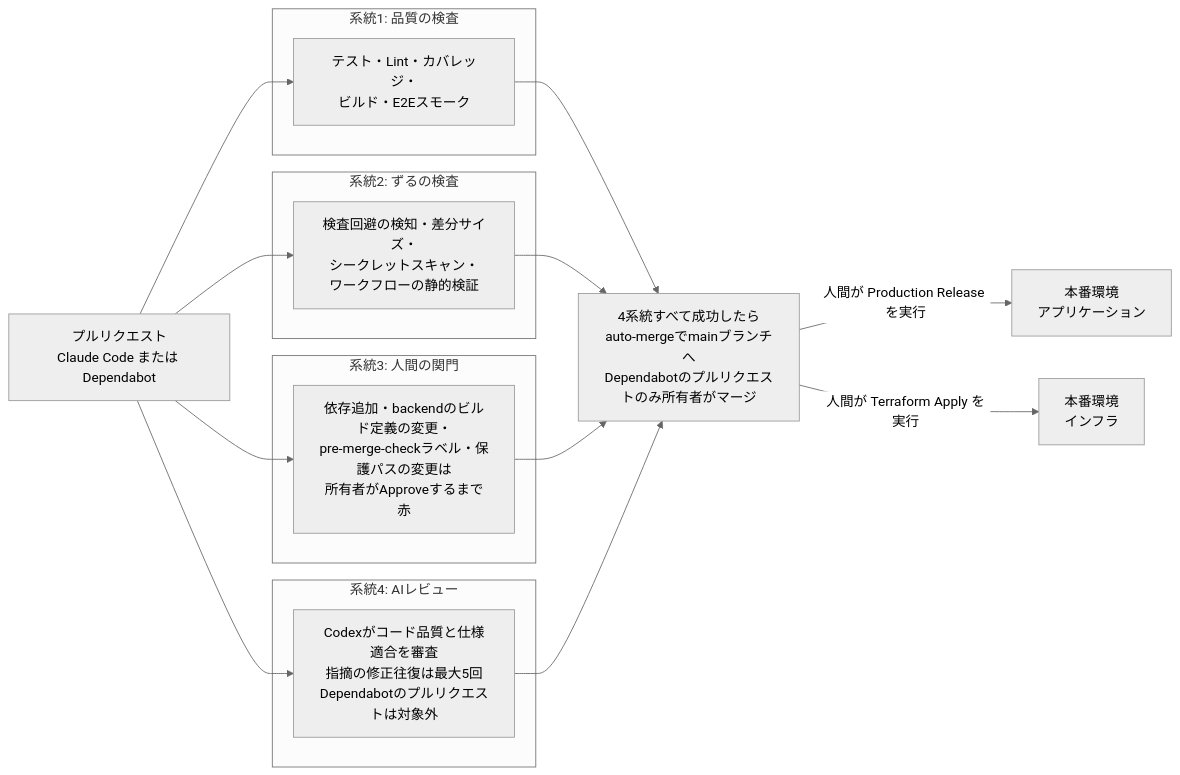
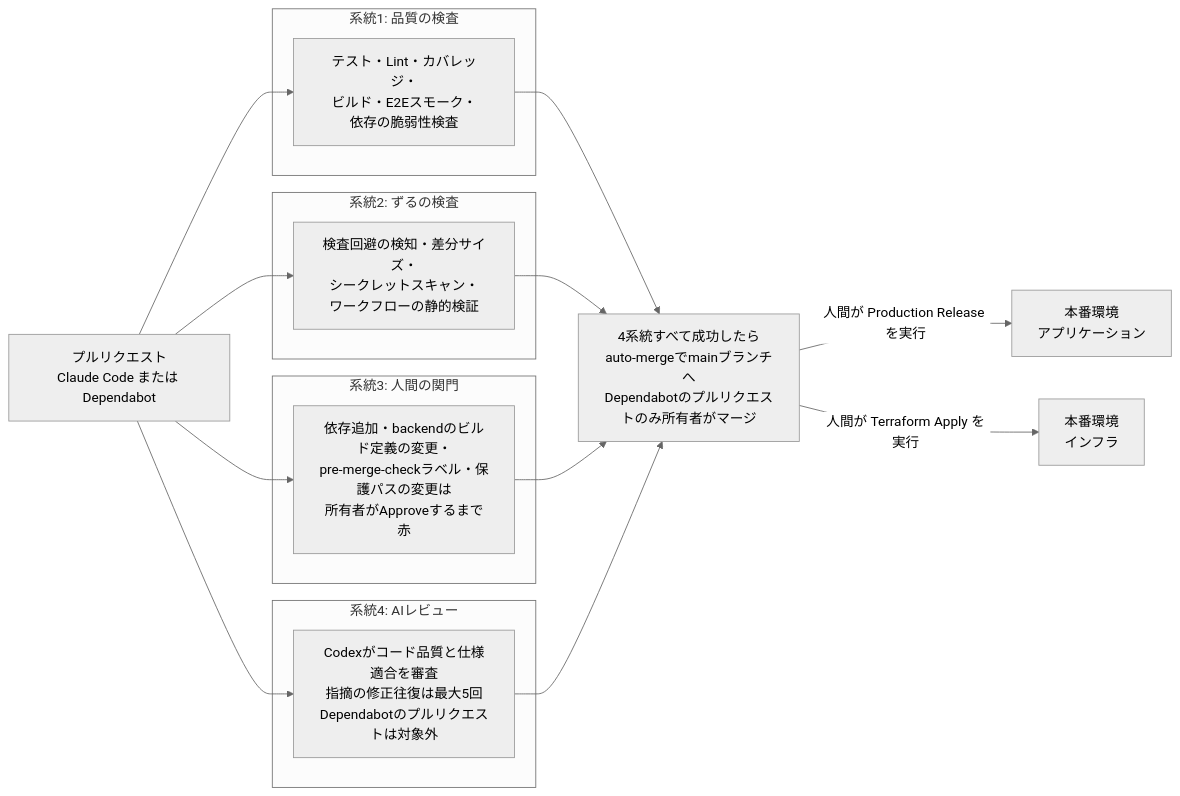
One commit to DogisRiki/KeirekiPro changed the first of 2 diagrams in README.md. Above: the diagram before and after it, drawn with Mermaid (neutral theme). The commit also changed other lines of this file and 3 other files, not shown here.

````diff
--- a/README.md
+++ b/README.md
@@ -53,27 +53,27 @@
 ```mermaid
 flowchart LR
     PR[プルリクエスト<br>Claude Code または Dependabot]
 
     subgraph s1[系統1: 品質の検査]
-        Q[テスト・Lint・カバレッジ・<br>ビルド・E2Eスモーク]
+        Q[テスト・Lint・カバレッジ・<br>ビルド・E2Eスモーク・<br>依存の脆弱性検査]
     end
     subgraph s2[系統2: ずるの検査]
         Z[検査回避の検知・差分サイズ・<br>シークレットスキャン・<br>ワークフローの静的検証]
     end
     subgraph s3[系統3: 人間の関門]
         H[依存追加・backendのビルド定義の変更・<br>pre-merge-checkラベル・保護パスの変更は<br>所有者がApproveするまで赤]
     end
     subgraph s4[系統4: AIレビュー]
         A[Codexがコード品質と仕様適合を審査<br>指摘の修正往復は最大5回<br>Dependabotのプルリクエストは対象外]
     end
 
     PR --> Q
     PR --> Z
     PR --> H
     PR --> A
 
     Q & Z & H & A --> M[4系統すべて成功したら<br>auto-mergeでmainブランチへ<br>Dependabotのプルリクエストのみ所有者がマージ]
 
     M -->|人間が Production Release を実行| App[本番環境<br>アプリケーション]
     M -->|人間が Terraform Apply を実行| Infra[本番環境<br>インフラ]
 ```
````
